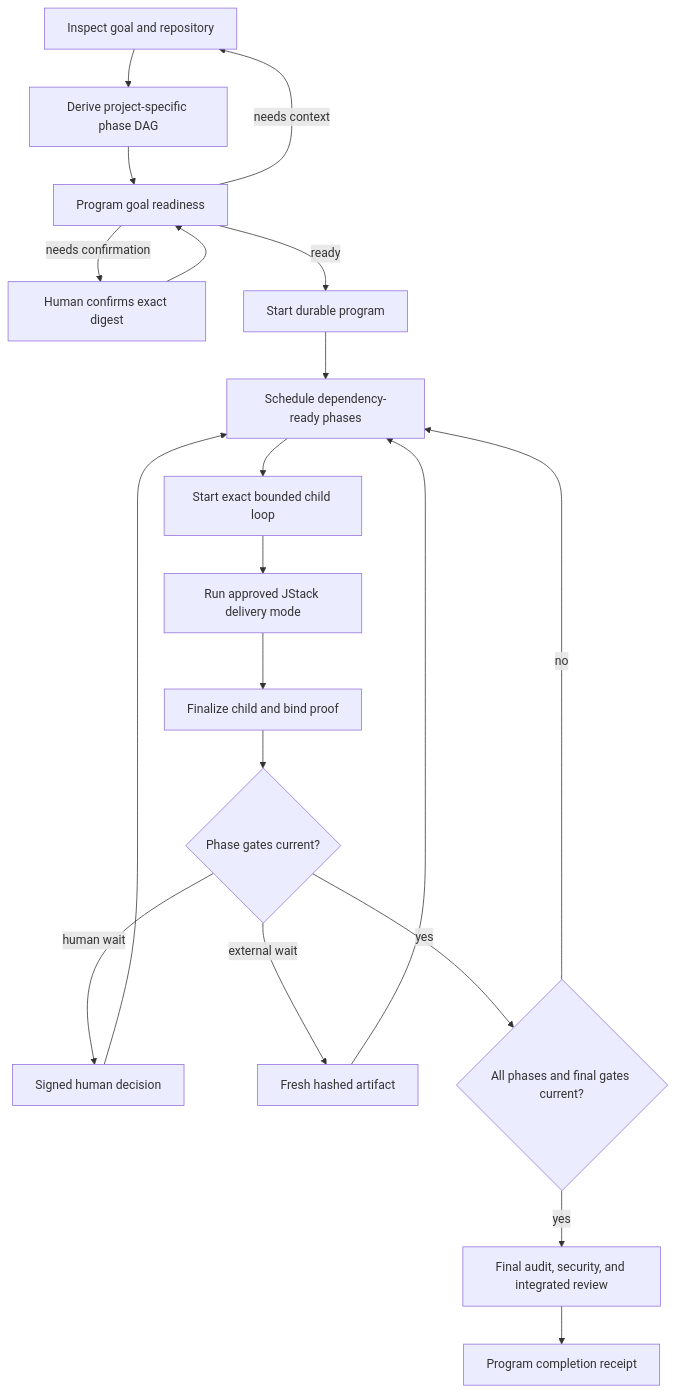
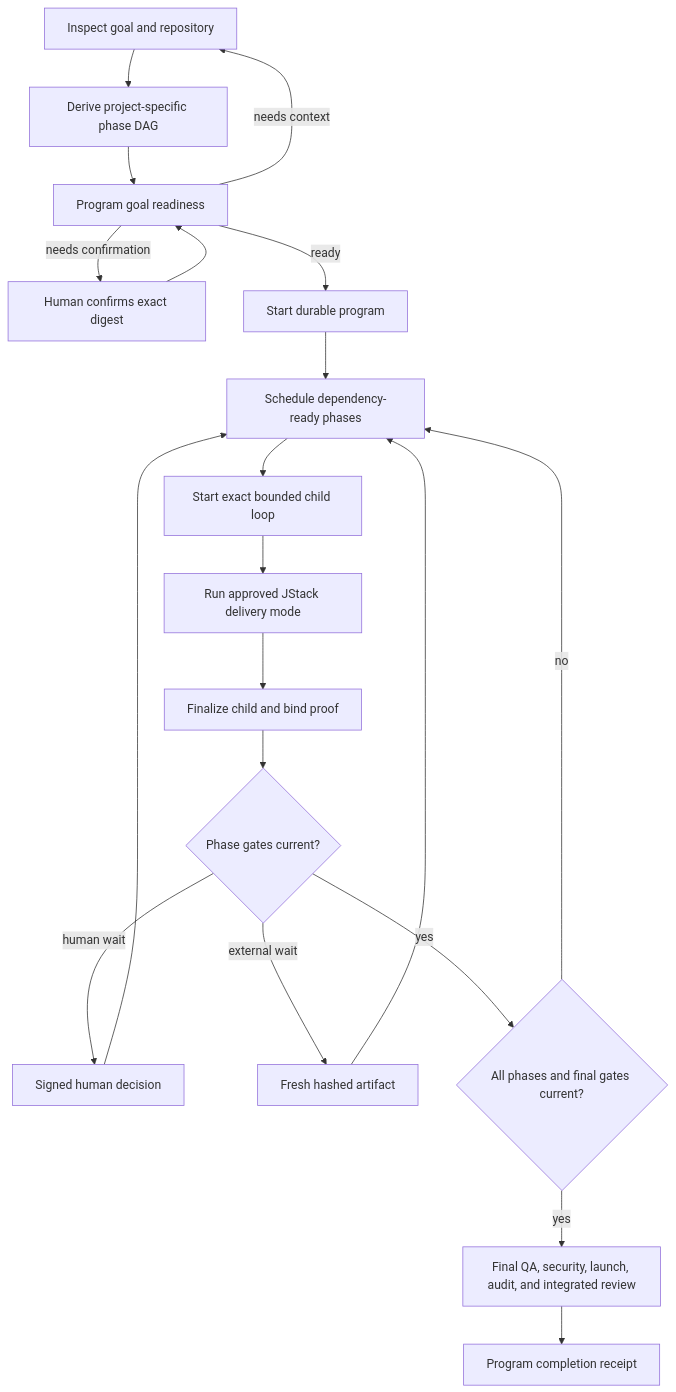
Before and after one commit to JarodFroneman/jstack: the diagram in docs/program-system.md, drawn with Mermaid. The commit also changed other lines of this file and 84 other files, not shown here.

````diff
--- a/docs/program-system.md
+++ b/docs/program-system.md
@@ -23,22 +23,22 @@
 ```mermaid
 flowchart TD
   A["Inspect goal and repository"] --> B["Derive project-specific phase DAG"]
   B --> C["Program goal readiness"]
   C -->|needs context| A
   C -->|needs confirmation| D["Human confirms exact digest"]
   D --> C
   C -->|ready| E["Start durable program"]
   E --> F["Schedule dependency-ready phases"]
   F --> G["Start exact bounded child loop"]
   G --> H["Run approved JStack delivery mode"]
   H --> I["Finalize child and bind proof"]
   I --> J{"Phase gates current?"}
   J -->|human wait| K["Signed human decision"]
   J -->|external wait| L["Fresh hashed artifact"]
   K --> F
   L --> F
   J -->|yes| M{"All phases and final gates current?"}
   M -->|no| F
-  M -->|yes| N["Final audit, security, and integrated review"]
+  M -->|yes| N["Final QA, security, launch, audit, and integrated review"]
   N --> O["Program completion receipt"]
 ```
````
